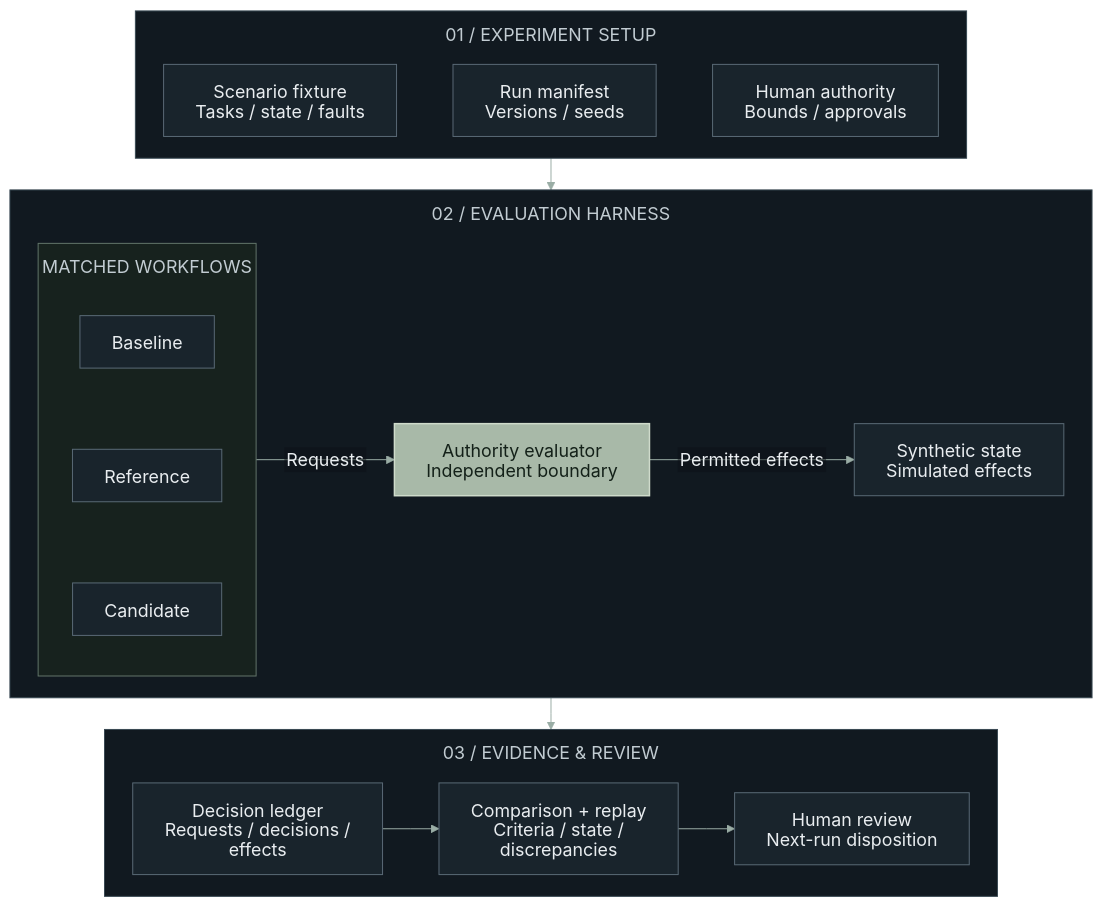
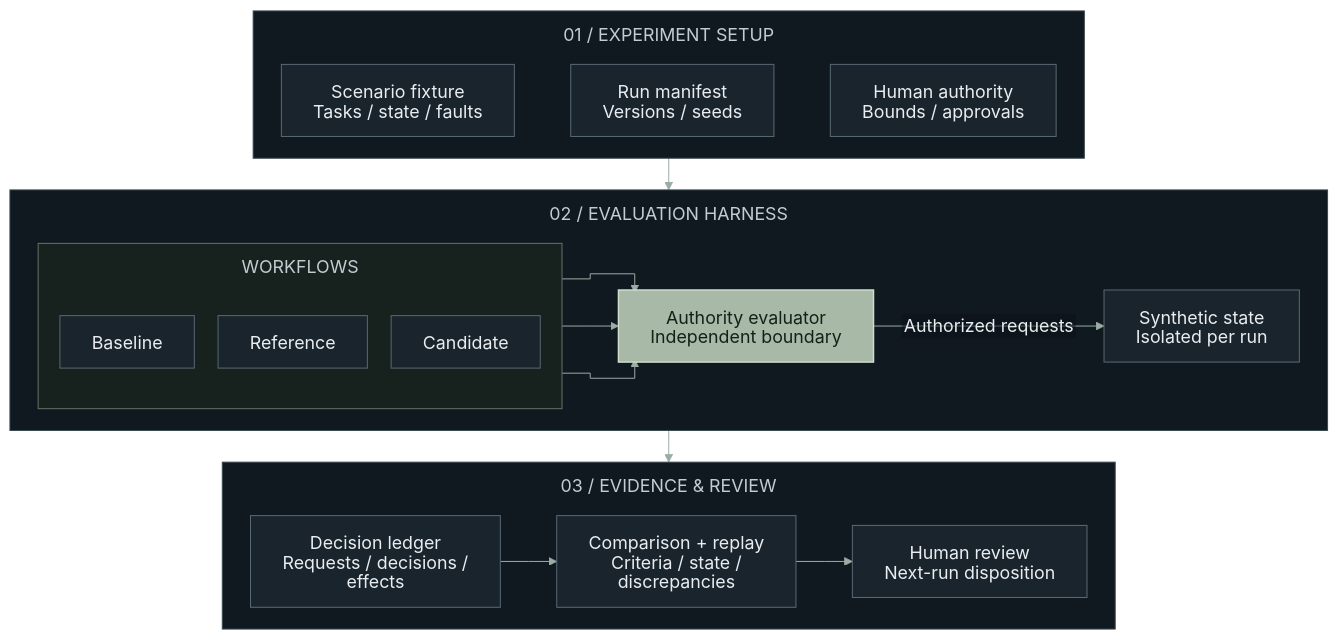
Before and after one commit to endrhq/.github: the diagram in README.md, drawn with Mermaid. The commit also changed 1 other file, not shown here.

Commit message:
Expose parallel workflow inputs and refine authority semantics

````diff
--- a/README.md
+++ b/README.md
@@ -19,35 +19,37 @@
 ```mermaid
 %%{init: {"theme":"base","themeVariables":{"fontFamily":"Arial, Helvetica, sans-serif","fontSize":"18px","primaryColor":"#19242c","primaryTextColor":"#e9edf0","primaryBorderColor":"#5a6a76","lineColor":"#9aada5","clusterBkg":"#111920","clusterBorder":"#384852","titleColor":"#c2ccd2","edgeLabelBackground":"#0d1117"},"htmlLabels":false,"flowchart":{"htmlLabels":false,"curve":"stepAfter","nodeSpacing":24,"rankSpacing":32,"padding":16,"subGraphTitleMargin":{"top":12,"bottom":20}}}}%%
 flowchart TB
     accTitle: endr — Systems research architecture
-    accDescr: Three layers show experiment setup, the evaluation harness, and evidence with human review. Matched workflows operate within independently evaluated human authority. Synthetic requests, decisions, and observed effects feed comparison and replay.
+    accDescr: Three layers show experiment setup, the evaluation harness, and evidence with human review. Requests are evaluated independently against human-defined authority. Synthetic requests, decisions, and observed effects feed comparison and replay.
 
     subgraph SETUP["01 / EXPERIMENT SETUP"]
         direction LR
         SCENARIO["Scenario fixture<br/>Tasks / state / faults"] ~~~ MANIFEST["Run manifest<br/>Versions / seeds"] ~~~ AUTHORITY["Human authority<br/>Bounds / approvals"]
     end
 
     subgraph HARNESS["02 / EVALUATION HARNESS"]
         direction LR
-        subgraph WORKFLOWS["MATCHED WORKFLOWS"]
+        subgraph WORKFLOWS["WORKFLOWS"]
             direction TB
-            BASELINE["Baseline"] ~~~ REFERENCE["Reference"] ~~~ CANDIDATE["Candidate"]
+            BASELINE["Baseline"]
+            REFERENCE["Reference"]
+            CANDIDATE["Candidate"]
         end
         EVALUATOR["Authority evaluator<br/>Independent boundary"]
-        STATE["Synthetic state<br/>Simulated effects"]
-        WORKFLOWS -->|Requests| EVALUATOR
-        EVALUATOR -->|Permitted effects| STATE
+        STATE["Synthetic state<br/>Isolated per run"]
+        BASELINE & REFERENCE & CANDIDATE --> EVALUATOR
+        EVALUATOR -->|Authorized requests| STATE
     end
 
     subgraph EVIDENCE["03 / EVIDENCE & REVIEW"]
         direction LR
         LEDGER["Decision ledger<br/>Requests / decisions / effects"] --> ANALYSIS["Comparison + replay<br/>Criteria / state / discrepancies"] --> REVIEW["Human review<br/>Next-run disposition"]
     end
 
     SETUP --> HARNESS
     HARNESS --> EVIDENCE
 
     classDef boundary fill:#a8b9a8,stroke:#cfdbcb,color:#142119,stroke-width:1.5px
     class EVALUATOR boundary
     style WORKFLOWS fill:#17221e,stroke:#62756a,color:#c8d6cc
 ```
````
